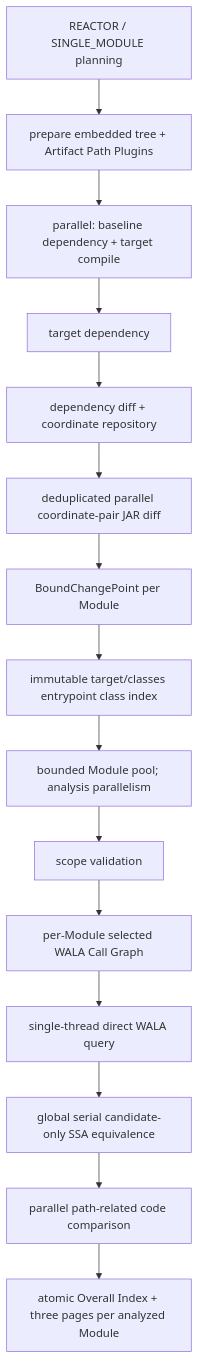
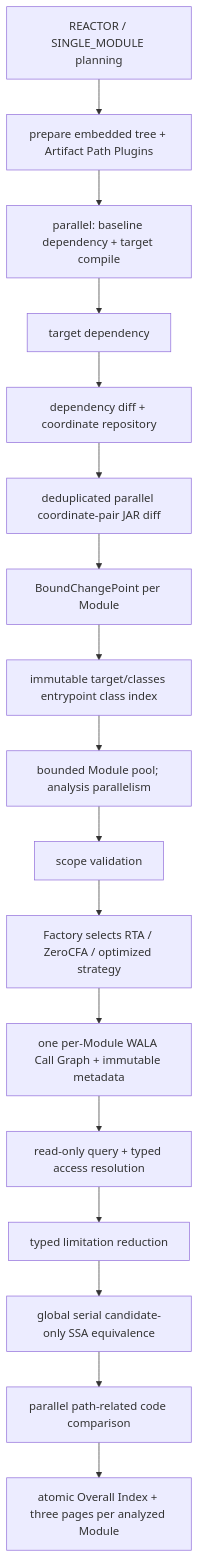
The diagram in wiki/architecture/dependency-analysis-pipelines.md (ymyii/change-impact-analyze), drawn with Mermaid before and after one commit. The commit also changed other lines of this file and 157 other files, not shown here.

First line of the commit message:
feat(impact): add RTA call graph and access analysis

````diff
--- a/wiki/architecture/dependency-analysis-pipelines.md
+++ b/wiki/architecture/dependency-analysis-pipelines.md
@@ -32,17 +36,19 @@
 ```mermaid
 flowchart TD
   Scope["REACTOR / SINGLE_MODULE planning"] --> Plugin["prepare embedded tree + Artifact Path Plugins"]
   Plugin --> Front
   Front["parallel: baseline dependency + target compile"] --> TargetDep["target dependency"]
   TargetDep --> DepDiff["dependency diff + coordinate repository"]
   DepDiff --> JarDiff["deduplicated parallel coordinate-pair JAR diff"]
   JarDiff --> Bind["BoundChangePoint per Module"]
   Bind --> EntrySelection["immutable target/classes entrypoint class index"]
   EntrySelection --> ModulePool["bounded Module pool; analysis parallelism"]
   ModulePool --> ScopeValidation["scope validation"]
-  ScopeValidation --> CFA["per-Module selected WALA Call Graph"]
-  CFA --> Query["single-thread direct WALA query"]
-  Query --> SSA["global serial candidate-only SSA equivalence"]
+  ScopeValidation --> Strategy["Factory selects RTA / ZeroCFA / optimized strategy"]
+  Strategy --> CFA["one per-Module WALA Call Graph + immutable metadata"]
+  CFA --> Query["read-only query + typed access resolution"]
+  Query --> Coverage["typed limitation reduction"]
+  Coverage --> SSA["global serial candidate-only SSA equivalence"]
   SSA --> Decompile["parallel path-related code comparison"]
   Decompile --> Report["atomic Overall Index + three pages per analyzed Module"]
 ```
````
